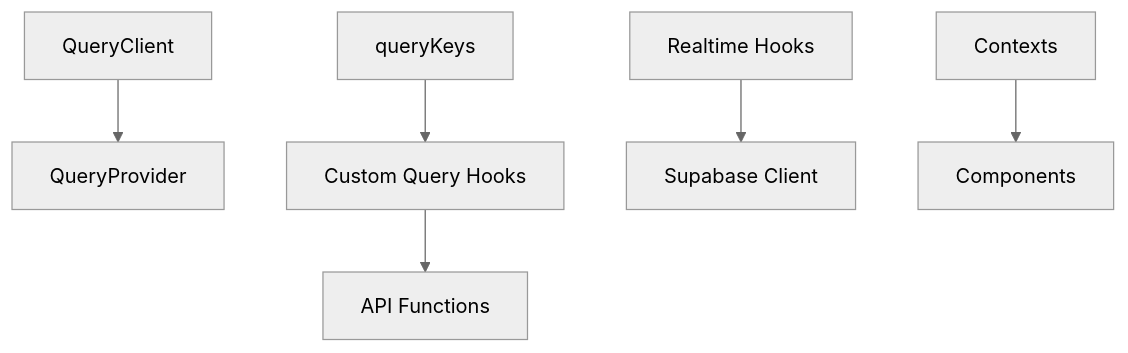
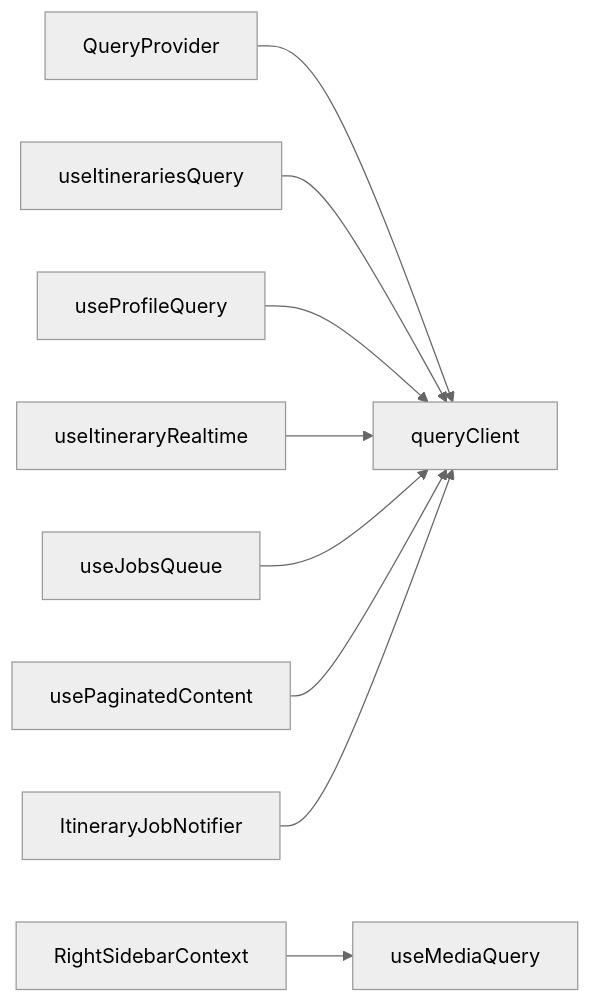
One commit to Meaetin/alibaba-hackathon changed the eighth of 8 diagrams in .qoder/repowiki/en/content/State Management/State Management.md. Above: the diagram before and after it, drawn with Mermaid (neutral theme). The commit also changed other lines of this file and 241 other files, not shown here.

````diff
--- a/.qoder/repowiki/en/content/State Management/State Management.md
+++ b/.qoder/repowiki/en/content/State Management/State Management.md
@@ -284,8 +332,11 @@
 ```mermaid
-graph TB
-QC["QueryClient"] --> QP["QueryProvider"]
-QK["queryKeys"] --> QH["Custom Query Hooks"]
-QH --> API["API Functions"]
-RT["Realtime Hooks"] --> SUP["Supabase Client"]
-CTX["Contexts"] --> UI["Components"]
+graph LR
+QP["QueryProvider"] --> QC["queryClient"]
+UQ1["useItinerariesQuery"] --> QC
+UQ2["useProfileQuery"] --> QC
+UIR["useItineraryRealtime"] --> QC
+UJQ["useJobsQueue"] --> QC
+UPC["usePaginatedContent"] --> QC
+IJN["ItineraryJobNotifier"] --> QC
+RSC["RightSidebarContext"] --> MQ["useMediaQuery"]
 ```
````
